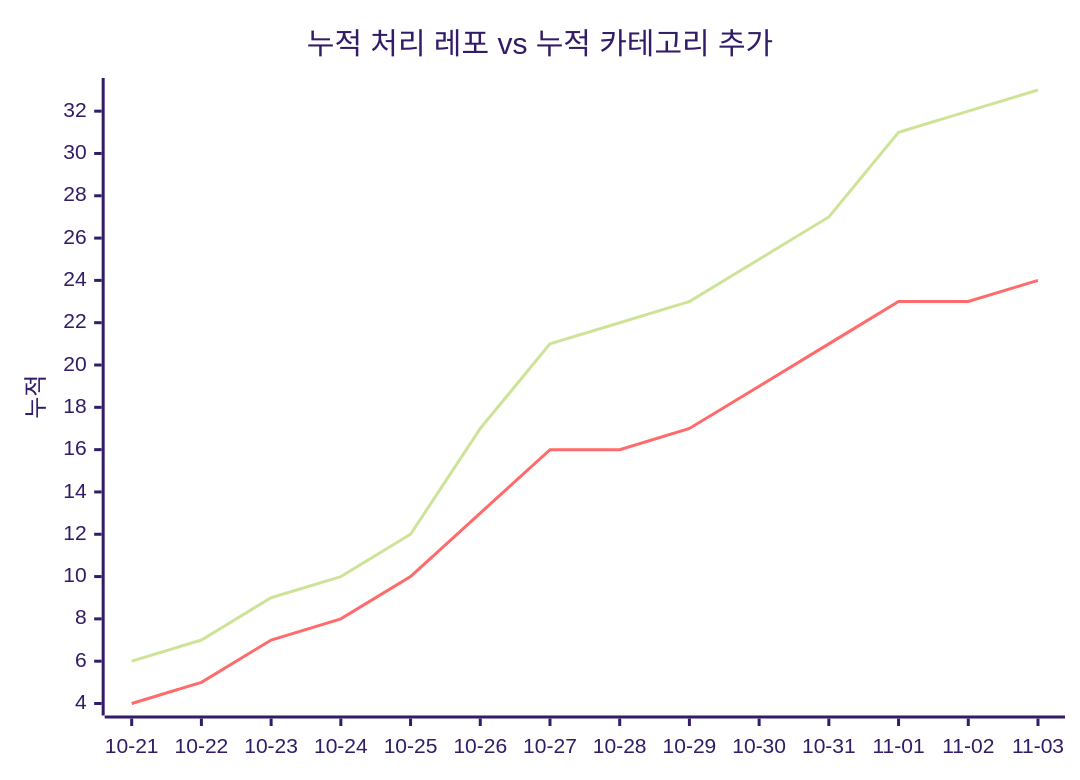
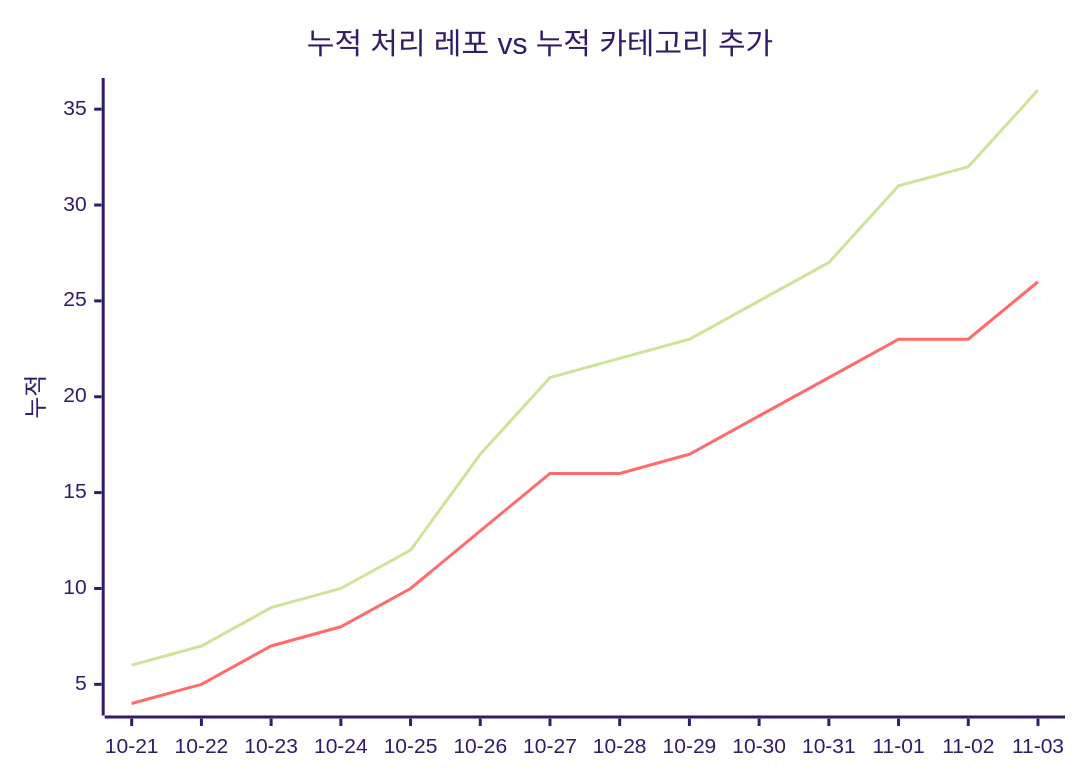
One commit to J-nowcow/awesome-korean-agent-skills changed the second of 2 diagrams in docs/trends.md. Above: the diagram before and after it, drawn with Mermaid (forest theme). The commit also changed other lines of this file and 4 other files, not shown here.

````diff
--- a/docs/trends.md
+++ b/docs/trends.md
@@ -68,8 +68,8 @@
 ```mermaid
 xychart-beta
     title "누적 처리 레포 vs 누적 카테고리 추가"
     x-axis ["10-21","10-22","10-23","10-24","10-25","10-26","10-27","10-28","10-29","10-30","10-31","11-01","11-02","11-03"]
     y-axis "누적"
-    line [6,7,9,10,12,17,21,22,23,25,27,31,32,33]
-    line [4,5,7,8,10,13,16,16,17,19,21,23,23,24]
+    line [6,7,9,10,12,17,21,22,23,25,27,31,32,36]
+    line [4,5,7,8,10,13,16,16,17,19,21,23,23,26]
 ```
````
